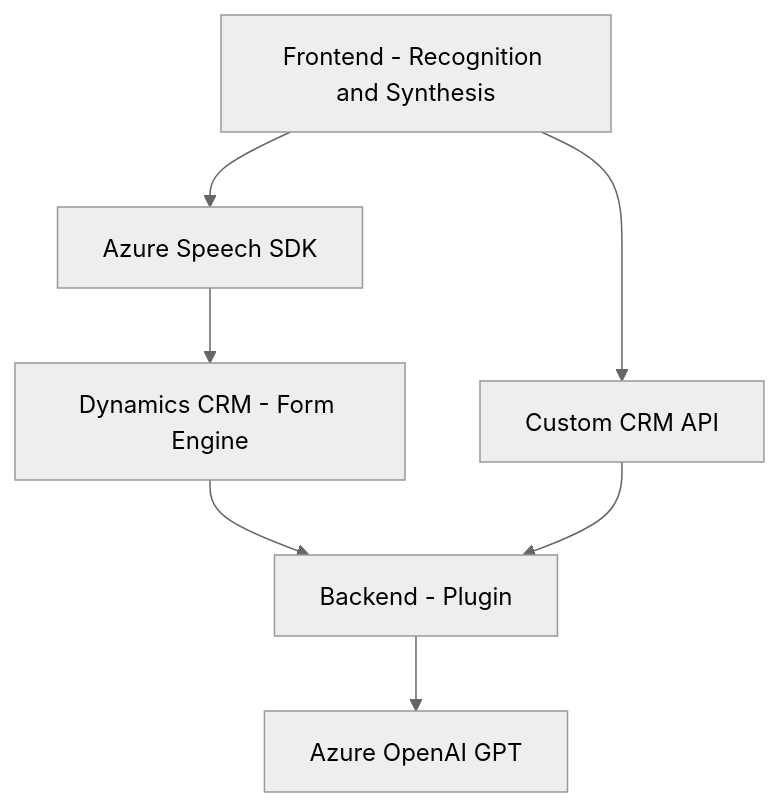
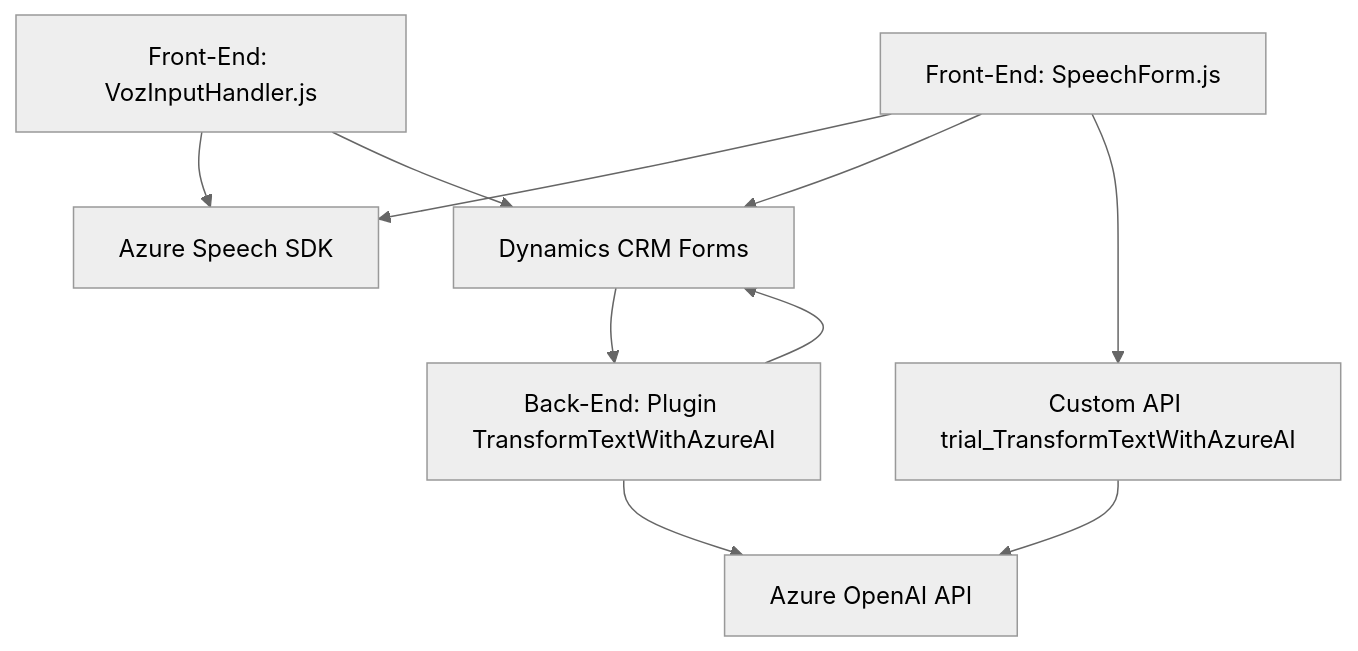
Before and after one commit to blopezdm/NETCORE_BILBAO2025: the diagram in README.md, drawn with Mermaid (neutral theme). The commit also changed other lines of this file, not shown here.

````diff
--- a/README.md
+++ b/README.md
@@ -34,16 +47,19 @@
 ```mermaid
 graph TD
-    A["Frontend - Recognition and Synthesis"]
-    B["Azure Speech SDK"]
-    C["Dynamics CRM - Form Engine"]
-    D["Backend - Plugin"]
-    E["Azure OpenAI GPT"]
-    F["Custom CRM API"]
-
-    A --> B
+    A["Front-End: VozInputHandler.js"]
+    B["Front-End: SpeechForm.js"]
+    C["Dynamics CRM Forms"]
+    D["Back-End: Plugin TransformTextWithAzureAI"]
+    E["Azure Speech SDK"]
+    F["Azure OpenAI API"]
+    G["Custom API trial_TransformTextWithAzureAI"]
+    A --> E
+    B --> E
+    A --> C
     B --> C
+    B --> G
+    G --> F
     C --> D
-    D --> E
-    A --> F
-    F --> D
+    D --> F
+    D --> C
 ```
````
